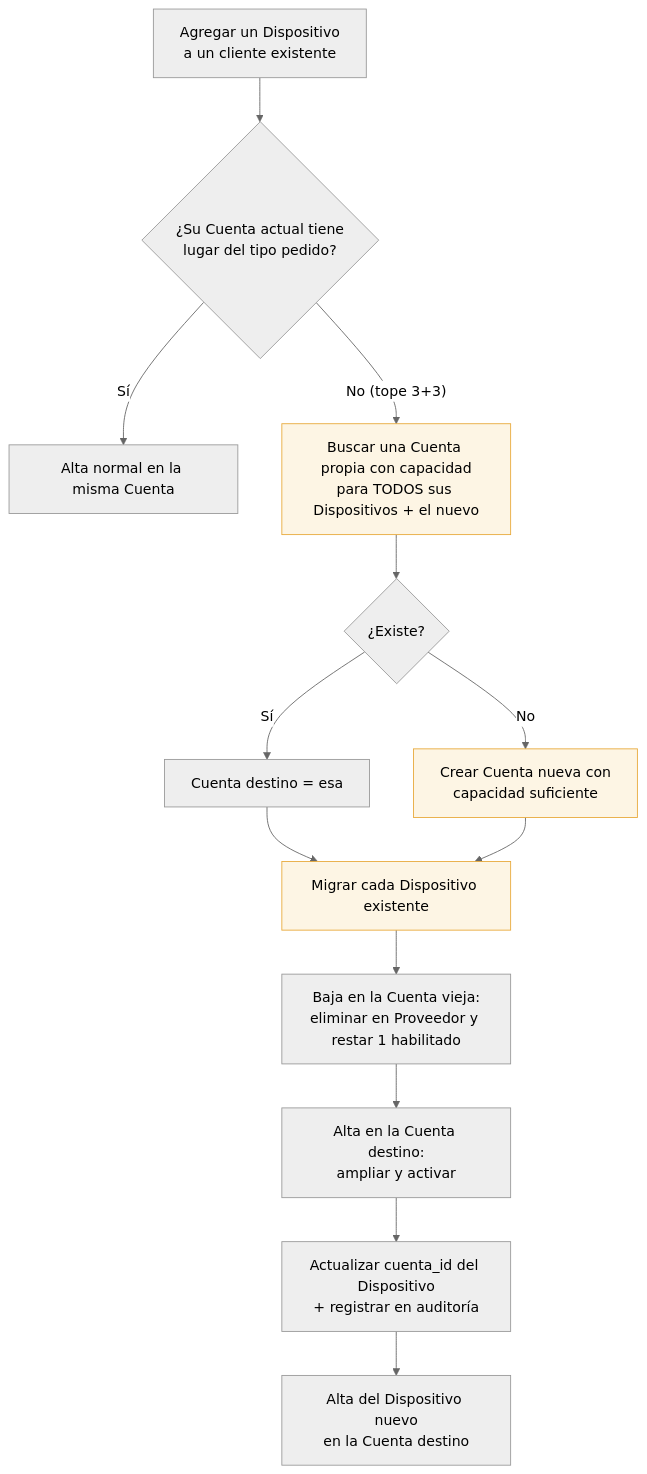
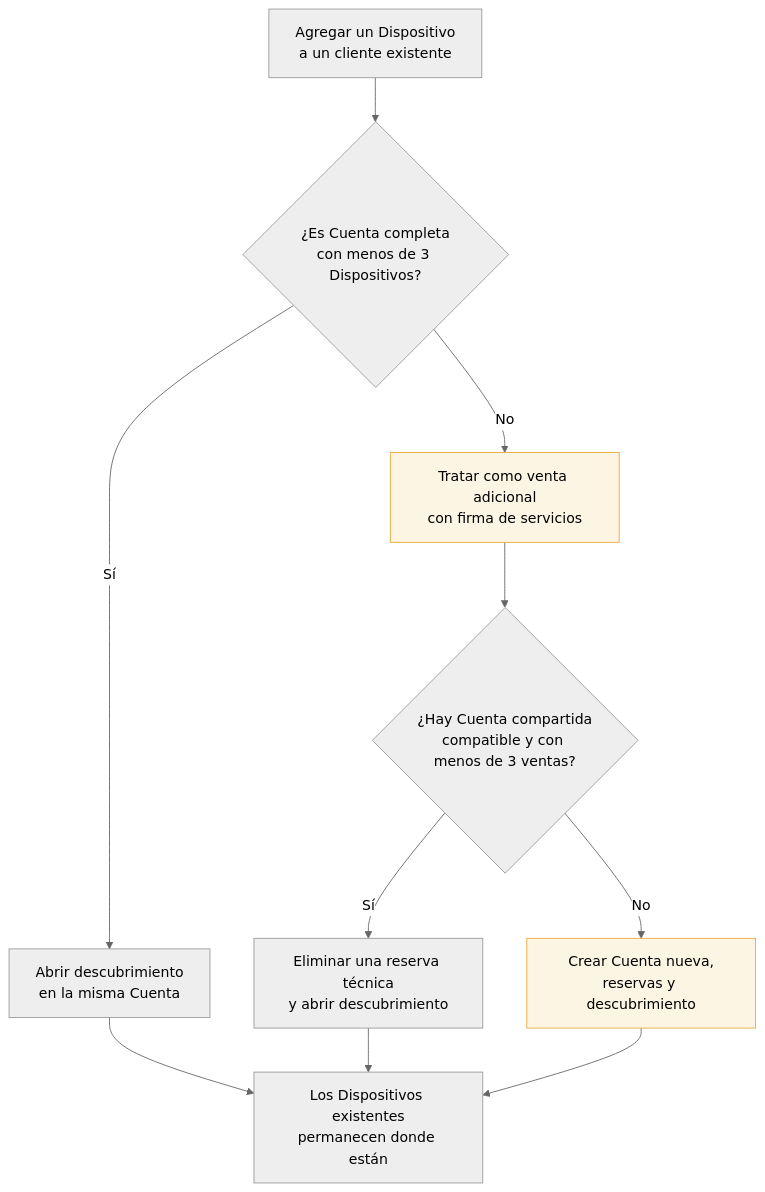
Before and after one commit to Leonel-18/iptvcontrol: the diagram in vault/30 - Flujos/Flujo - Migración de Cuenta.md, drawn with Mermaid (neutral theme). The commit also changed other lines of this file and 115 other files, not shown here.

Commit message:
feat: actualizar capacidad y vinculacion de dispositivos

````diff
--- a/vault/30 - Flujos/Flujo - Migración de Cuenta.md
+++ b/vault/30 - Flujos/Flujo - Migración de Cuenta.md
@@ -13,18 +13,15 @@
 ```mermaid
 flowchart TD
-    A["Agregar un Dispositivo<br/>a un cliente existente"] --> B{"¿Su Cuenta actual tiene<br/>lugar del tipo pedido?"}
-    B -->|"Sí"| C["Alta normal en la misma Cuenta"]
-    B -->|"No (tope 3+3)"| D["Buscar una Cuenta propia con capacidad<br/>para TODOS sus Dispositivos + el nuevo"]
-    D --> E{"¿Existe?"}
-    E -->|"Sí"| F["Cuenta destino = esa"]
-    E -->|"No"| G["Crear Cuenta nueva con<br/>capacidad suficiente"]
+    A["Agregar un Dispositivo<br/>a un cliente existente"] --> B{"¿Es Cuenta completa<br/>con menos de 3 Dispositivos?"}
+    B -->|"Sí"| C["Abrir descubrimiento<br/>en la misma Cuenta"]
+    B -->|"No"| D["Tratar como venta adicional<br/>con firma de servicios"]
+    D --> E{"¿Hay Cuenta compartida<br/>compatible y con menos de 3 ventas?"}
+    E -->|"Sí"| F["Eliminar una reserva técnica<br/>y abrir descubrimiento"]
+    E -->|"No"| G["Crear Cuenta nueva,<br/>reservas y descubrimiento"]
+    C --> H["Los Dispositivos existentes<br/>permanecen donde están"]
     F --> H
-    G --> H["Migrar cada Dispositivo existente"]
-    H --> I["Baja en la Cuenta vieja:<br/>eliminar en Proveedor y restar 1 habilitado"]
-    I --> J["Alta en la Cuenta destino:<br/>ampliar y activar"]
-    J --> K["Actualizar cuenta_id del Dispositivo<br/>+ registrar en auditoría"]
-    K --> L["Alta del Dispositivo nuevo<br/>en la Cuenta destino"]
+    G --> H
 
     classDef alerta fill:#FDF5E4,stroke:#E8A93A
-    class D,G,H alerta
+    class D,G alerta
 ```
````
